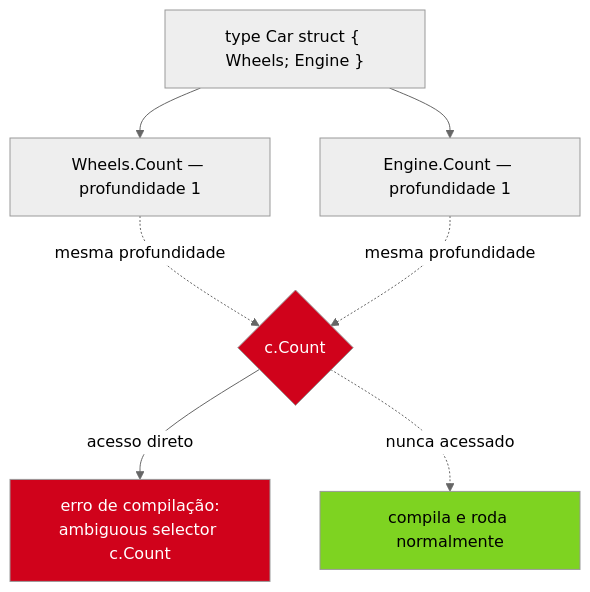
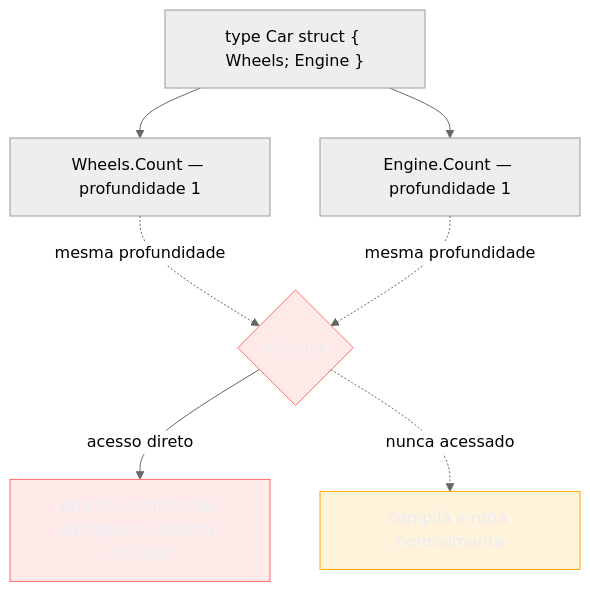
Before and after one commit to josenaldo/codex-technomanticus: the fourth of 4 diagrams in 03-Dominios/Tecnologia/Go/02 - Tipos, structs e métodos/05 - Composição por embedding.md, drawn with Mermaid (neutral theme). The commit also changed other lines of this file and 1181 other files, not shown here.

First line of the commit message:
fix(diagramas): paleta do sistema no lugar de cor cravada no markdown

````diff
--- a/03-Dominios/Tecnologia/Go/02 - Tipos, structs e métodos/05 - Composição por embedding.md
+++ b/03-Dominios/Tecnologia/Go/02 - Tipos, structs e métodos/05 - Composição por embedding.md
@@ -292,14 +298,16 @@
 ```mermaid
 flowchart TB
+    classDef falha fill:#FF6B6B24,stroke:#FF6B6B,color:#E9ECF2
+    classDef destaque fill:#FFAA0024,stroke:#FFAA00,color:#E9ECF2
     Car["type Car struct { Wheels; Engine }"]
     Car --> W["Wheels.Count — profundidade 1"]
     Car --> E["Engine.Count — profundidade 1"]
     W -.->|"mesma profundidade"| Ambig{"c.Count"}
     E -.->|"mesma profundidade"| Ambig
     Ambig -->|"acesso direto"| Erro["erro de compilação:\nambiguous selector c.Count"]
     Ambig -.->|"nunca acessado"| OK["compila e roda normalmente"]
 
-    style Ambig fill:#D0021B,color:#fff
-    style Erro fill:#D0021B,color:#fff
-    style OK fill:#7ED321,color:#000
+    class Ambig falha
+    class Erro falha
+    class OK destaque
 ```
````
